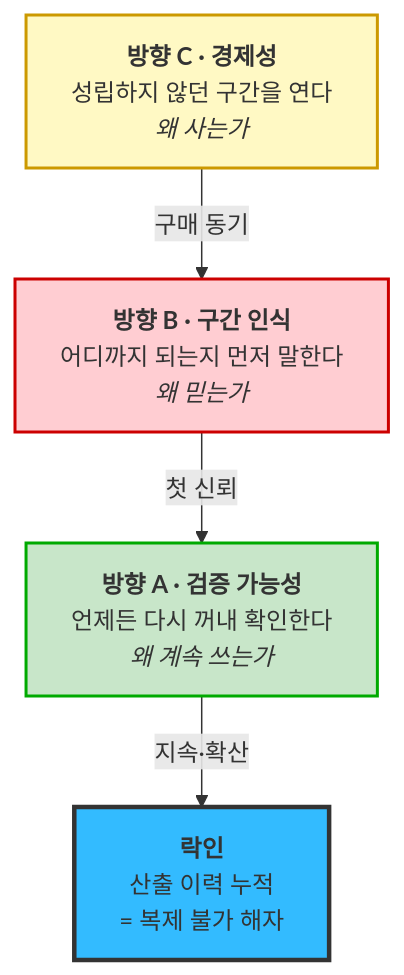
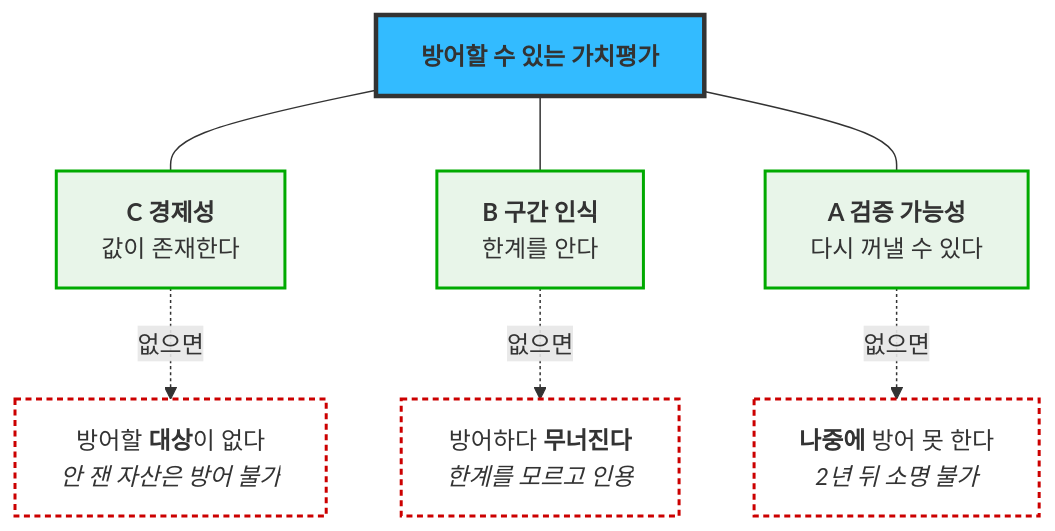
One commit to STERNYUL/business_research_202608 changed the diagram in 08_value-proposition/02_제안_차별적-가치목표-3방향.md. Above: the diagram before and after it, drawn with Mermaid. The commit also changed other lines of this file and 1 other file, not shown here.

````diff
--- a/08_value-proposition/02_제안_차별적-가치목표-3방향.md
+++ b/08_value-proposition/02_제안_차별적-가치목표-3방향.md
@@ -162,11 +27,16 @@
 ```mermaid
 graph TB
-    C["<b>방향 C · 경제성</b><br/>성립하지 않던 구간을 연다<br/><i>왜 사는가</i>"]:::c
-    B["<b>방향 B · 구간 인식</b><br/>어디까지 되는지 먼저 말한다<br/><i>왜 믿는가</i>"]:::b
-    A["<b>방향 A · 검증 가능성</b><br/>언제든 다시 꺼내 확인한다<br/><i>왜 계속 쓰는가</i>"]:::a
-    C -->|"구매 동기"| B -->|"첫 신뢰"| A -->|"지속·확산"| L["<b>락인</b><br/>산출 이력 누적<br/>= 복제 불가 해자"]:::l
-    classDef c fill:#FFF9C4,stroke:#C90,stroke-width:2px;
-    classDef b fill:#FFCDD2,stroke:#C00,stroke-width:2px;
-    classDef a fill:#C8E6C9,stroke:#0A0,stroke-width:2px;
-    classDef l fill:#33BBFF,stroke:#333,stroke-width:3px;
+    U["<b>방어할 수 있는 가치평가</b>"]:::u
+    C["<b>C 경제성</b><br/>값이 존재한다"]:::p
+    B["<b>B 구간 인식</b><br/>한계를 안다"]:::p
+    A["<b>A 검증 가능성</b><br/>다시 꺼낼 수 있다"]:::p
+    U --- C
+    U --- B
+    U --- A
+    C -.->|"없으면"| CX["방어할 <b>대상</b>이 없다<br/><i>안 잰 자산은 방어 불가</i>"]:::x
+    B -.->|"없으면"| BX["방어하다 <b>무너진다</b><br/><i>한계를 모르고 인용</i>"]:::x
+    A -.->|"없으면"| AX["<b>나중에</b> 방어 못 한다<br/><i>2년 뒤 소명 불가</i>"]:::x
+    classDef u fill:#33BBFF,stroke:#333,stroke-width:3px;
+    classDef p fill:#E8F5E9,stroke:#0A0,stroke-width:2px;
+    classDef x fill:#FFF,stroke:#C00,stroke-width:2px,stroke-dasharray:4 3;
 ```
````
